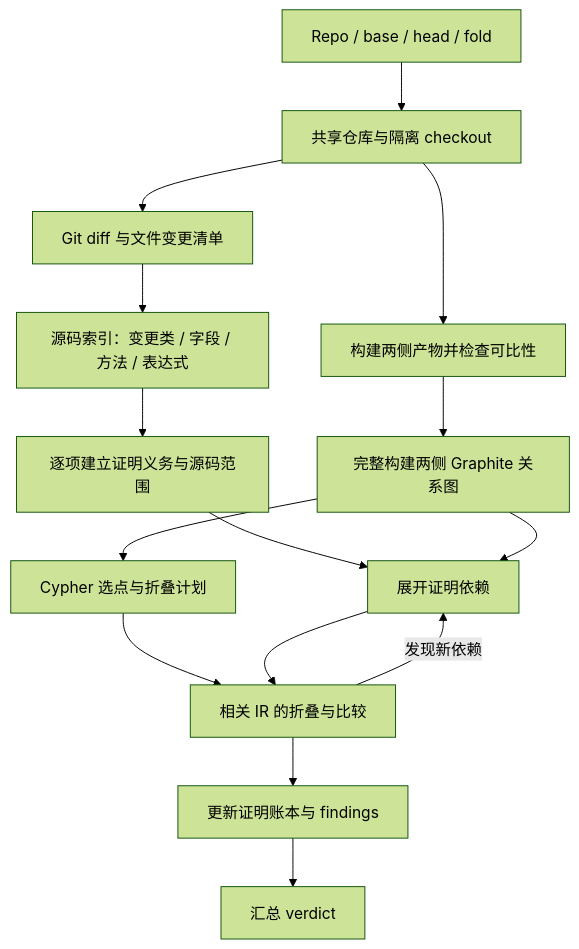
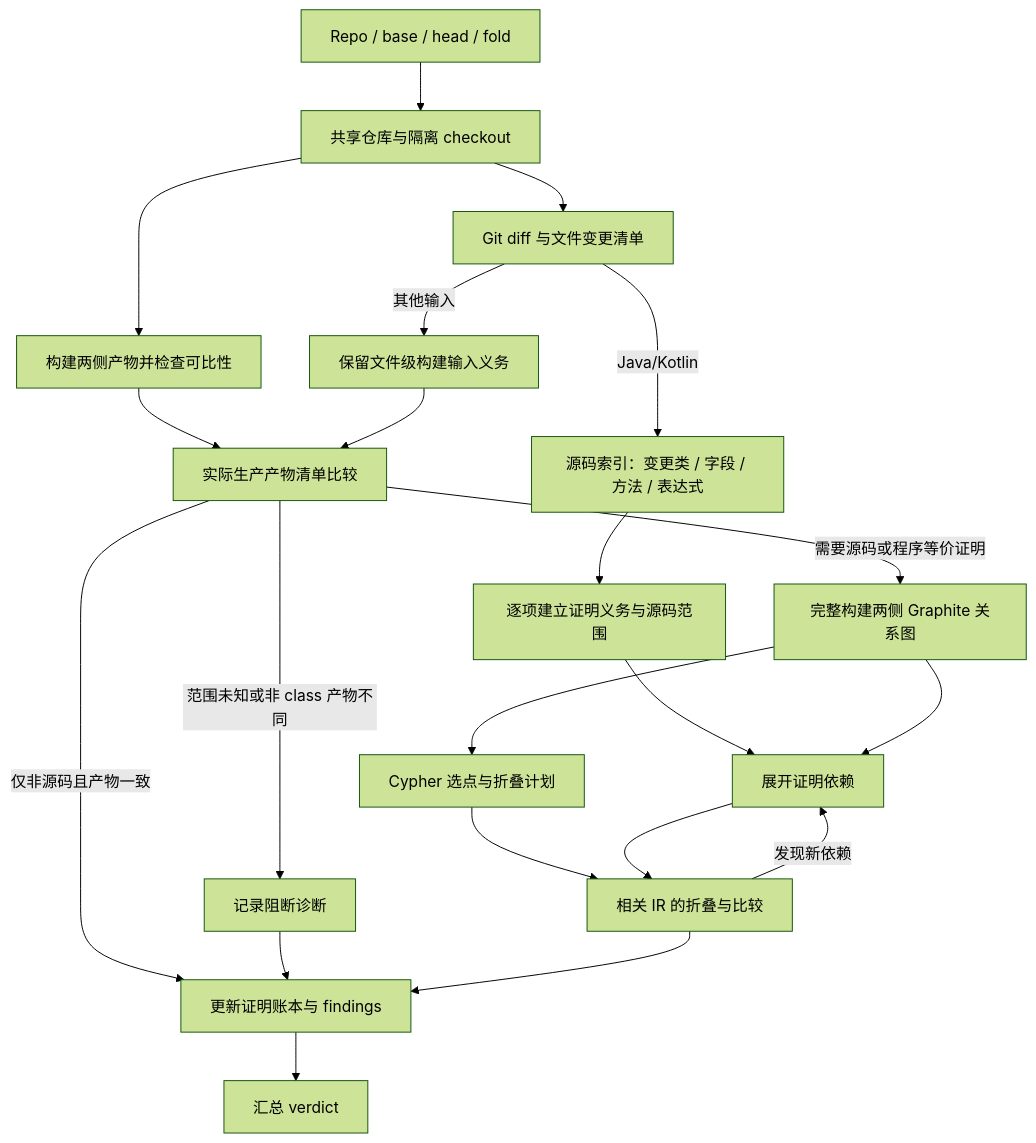
One commit to johnsonlee/GraphFold changed the second of 2 diagrams in docs/design.md. Above: the diagram before and after it, drawn with Mermaid (forest theme). The commit also changed other lines of this file and 28 other files, not shown here.

````diff
--- a/docs/design.md
+++ b/docs/design.md
@@ -263,17 +263,23 @@
 ```mermaid
 flowchart TD
     I[Repo / base / head / fold] --> W[共享仓库与隔离 checkout]
     W --> D[Git diff 与文件变更清单]
-    D --> S[源码索引：变更类 / 字段 / 方法 / 表达式]
+    D -->|Java/Kotlin| S[源码索引：变更类 / 字段 / 方法 / 表达式]
+    D -->|其他输入| E[保留文件级构建输入义务]
     S --> O[逐项建立证明义务与源码范围]
     W --> B[构建两侧产物并检查可比性]
-    B --> G[完整构建两侧 Graphite 关系图]
+    B --> A[实际生产产物清单比较]
+    E --> A
+    A -->|仅非源码且产物一致| R
+    A -->|范围未知或非 class 产物不同| X[记录阻断诊断]
+    X --> R
+    A -->|需要源码或程序等价证明| G[完整构建两侧 Graphite 关系图]
     G --> F[Cypher 选点与折叠计划]
     O --> C[展开证明依赖]
     G --> C
     F --> P[相关 IR 的折叠与比较]
     C --> P
     P -->|发现新依赖| C
     P --> R[更新证明账本与 findings]
     R --> V[汇总 verdict]
 ```
````
